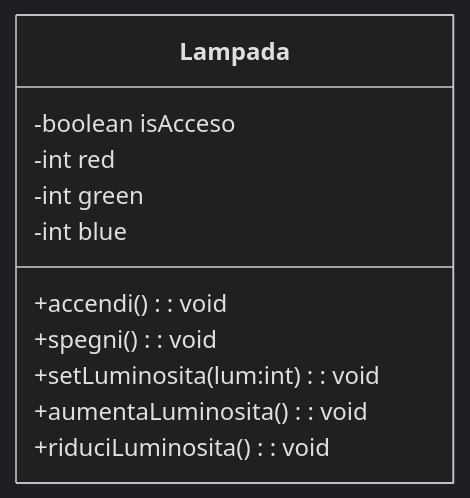
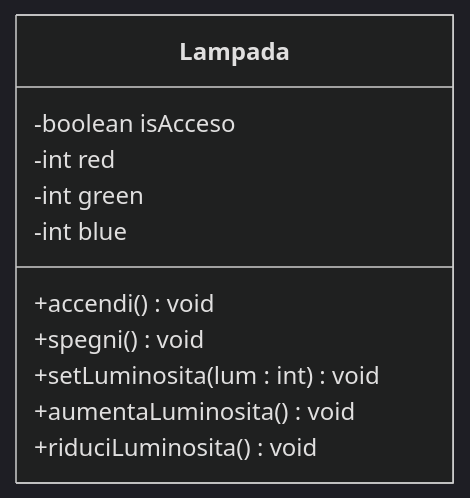
The diagram in README.md (wbigger/2024-4Cinf-progetto-iot), drawn with Mermaid (dark theme) before and after one commit.

````diff
--- a/README.md
+++ b/README.md
@@ -5,14 +5,14 @@
 ```mermaid
 classDiagram
     class Lampada {
     -boolean isAcceso
     -int red
     -int green
     -int blue
-    +accendi() : void
-    +spegni() : void
-    +setLuminosita(lum:int) : void
-    +aumentaLuminosita() : void
-    +riduciLuminosita() : void
+    +accendi() void
+    +spegni() void
+    +setLuminosita(lum : int) void
+    +aumentaLuminosita() void
+    +riduciLuminosita() void
     }
 ```
````
